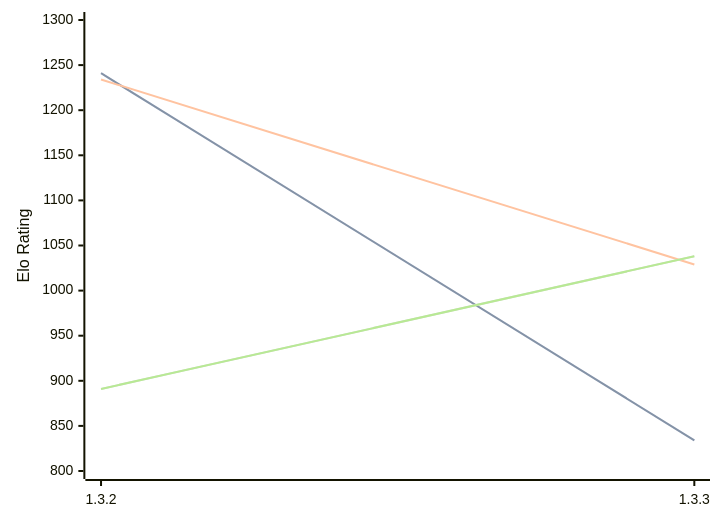
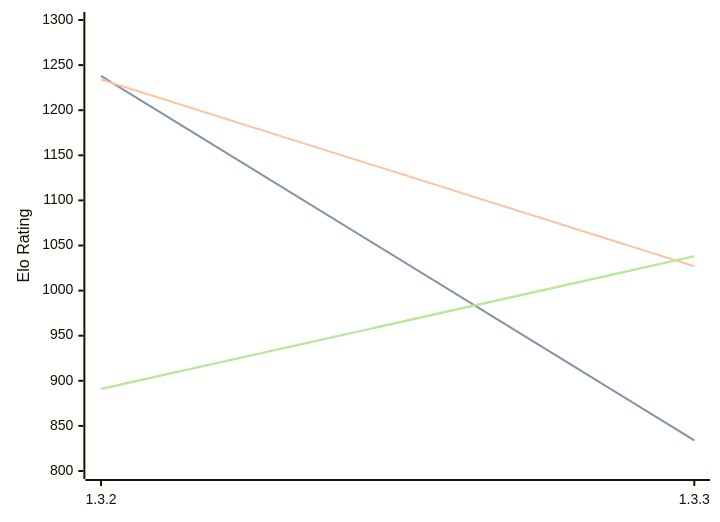
Before and after one commit to computer-chess-index/cci: the diagram in engines/Whitespine.md, drawn with Mermaid. The commit also changed other lines of this file, not shown here.

Commit message:
Update CCI Ratings (ELO VLTC) - 2026-04-03

````diff
--- a/engines/Whitespine.md
+++ b/engines/Whitespine.md
@@ -35,11 +35,11 @@
 ```mermaid
 %%{init: {"theme":"base","themeVariables":{"seriesColors:['#a3a3a3','#222221','#faa371']}}}%%
 xychart-beta
   x-axis ["1.3.2", "1.3.3"]
   y-axis "Elo Rating" 800 --> 1300
-  line "STC (8.0+0.08s)" [1241, 834]
-  line "STC (8.0+0.08s)" [1241, 834]
-  line "LTC (60.0+0.60s)" [1234, 1029]
+  line "STC (8.0+0.08s)" [1238, 834]
+  line "STC (8.0+0.08s)" [1238, 834]
+  line "LTC (60.0+0.60s)" [1234, 1027]
   line "VLTC (2m24s+1.12s)" [891, 1038]
   line "VLTC (2m24s+1.12s)" [891, 1038]
 ```
````
